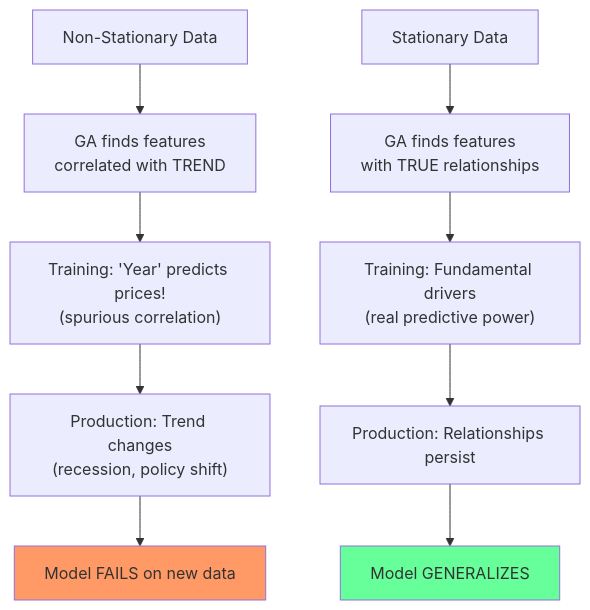
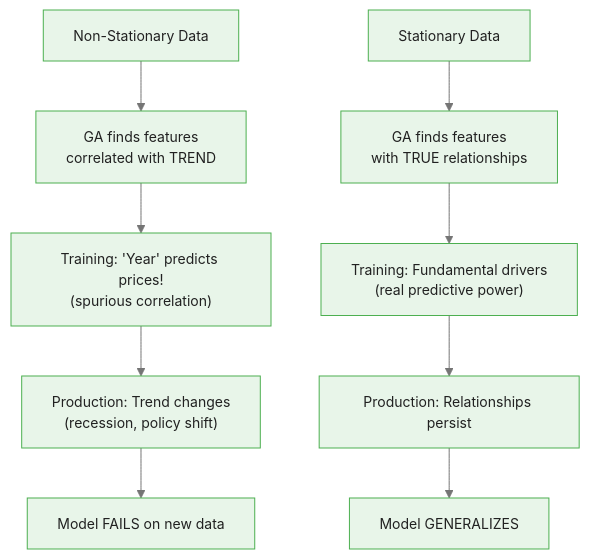
The first of 2 diagrams in courses/genetic-algorithms-feature-selection/modules/module_03_time_series/guides/03_stationarity_slides.md (m-deane/course-creator), drawn with Mermaid before and after one commit. The commit also changed other lines of this file and 52 other files, not shown here.

````diff
--- a/courses/genetic-algorithms-feature-selection/modules/module_03_time_series/guides/03_stationarity_slides.md
+++ b/courses/genetic-algorithms-feature-selection/modules/module_03_time_series/guides/03_stationarity_slides.md
@@ -47,14 +47,13 @@
 ```mermaid
+%%{init: {"theme": "base", "themeVariables": {"primaryColor": "#e8f5e9", "primaryBorderColor": "#4caf50", "primaryTextColor": "#212121", "secondaryColor": "#e3f2fd", "tertiaryColor": "#fff8e1", "lineColor": "#757575", "fontFamily": "Inter, sans-serif", "fontSize": "14px"}}}%%
 flowchart TD
     A[Non-Stationary Data] --> B["GA finds features<br/>correlated with TREND"]
     B --> C["Training: 'Year' predicts prices!<br/>(spurious correlation)"]
     C --> D["Production: Trend changes<br/>(recession, policy shift)"]
     D --> E["Model FAILS on new data"]
-    style E fill:#f96
 
     F[Stationary Data] --> G["GA finds features<br/>with TRUE relationships"]
     G --> H["Training: Fundamental drivers<br/>(real predictive power)"]
     H --> I["Production: Relationships persist"]
     I --> J["Model GENERALIZES"]
-    style J fill:#6f9
 ```
````
